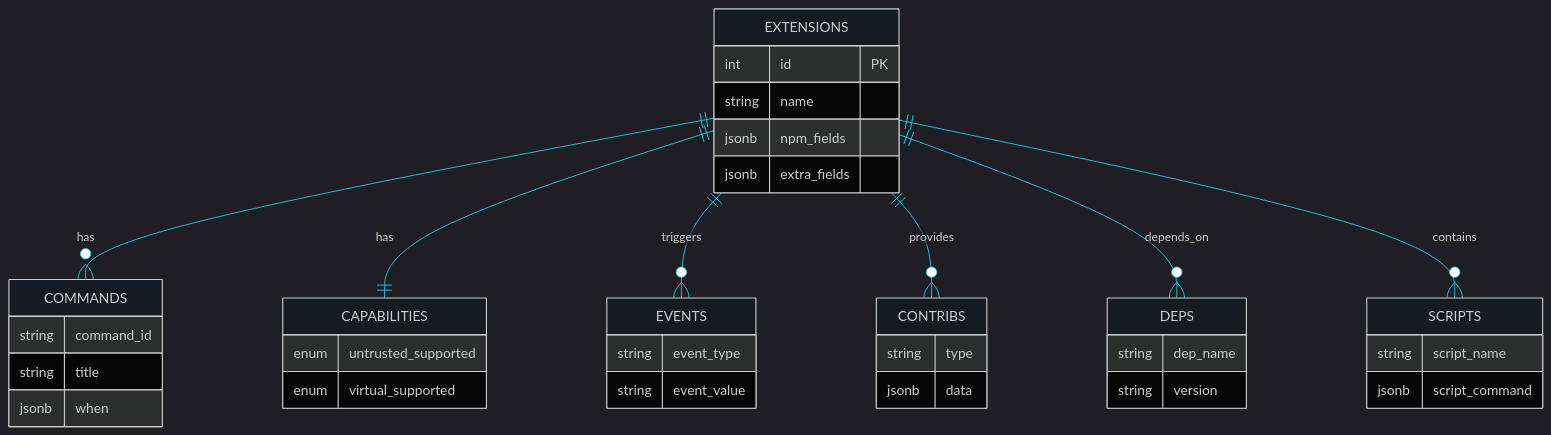
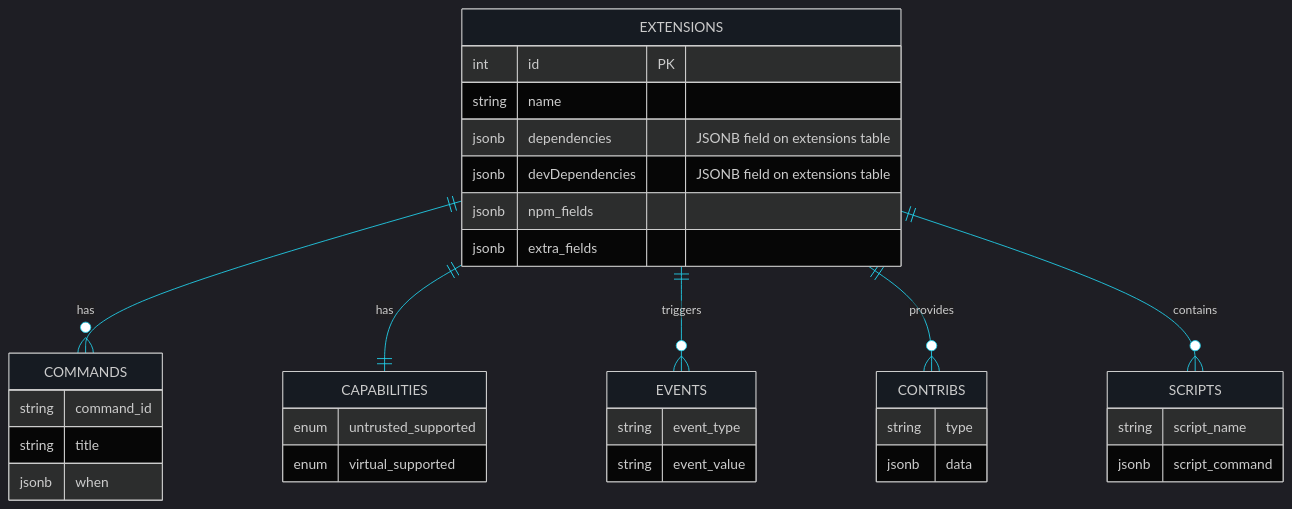
Before and after one commit to Ekremunalytu/automation_enviroment: the first of 2 diagrams in documents/DEVELOPMENT_PRIORITIES.md, drawn with Mermaid. The commit also changed 7 other files, not shown here.

````diff
--- a/documents/DEVELOPMENT_PRIORITIES.md
+++ b/documents/DEVELOPMENT_PRIORITIES.md
@@ -59,48 +59,44 @@
 ```mermaid
 %%{init: {'theme': 'dark', 'themeVariables': { 'background': '#0d1117', 'primaryColor': '#7c3aed', 'primaryTextColor': '#e6edf3', 'lineColor': '#22d3ee', 'mainBkg': '#161b22', 'nodeBkg': '#21262d', 'clusterBkg': '#161b22'}}}%%
 erDiagram
     EXTENSIONS ||--o{ COMMANDS : has
     EXTENSIONS ||--|| CAPABILITIES : has
     EXTENSIONS ||--o{ EVENTS : triggers
     EXTENSIONS ||--o{ CONTRIBS : provides
-    EXTENSIONS ||--o{ DEPS : depends_on
     EXTENSIONS ||--o{ SCRIPTS : contains
 
     EXTENSIONS {
         int id PK
         string name
+        jsonb dependencies "JSONB field on extensions table"
+        jsonb devDependencies "JSONB field on extensions table"
         jsonb npm_fields
         jsonb extra_fields
     }
 
     CAPABILITIES {
         enum untrusted_supported
         enum virtual_supported
     }
 
     COMMANDS {
         string command_id
         string title
         jsonb when
     }
 
     EVENTS {
         string event_type
         string event_value
     }
 
     CONTRIBS {
         string type
         jsonb data
     }
 
-    DEPS {
-        string dep_name
-        string version
-    }
-
     SCRIPTS {
         string script_name
         jsonb script_command
     }
 ```
````
